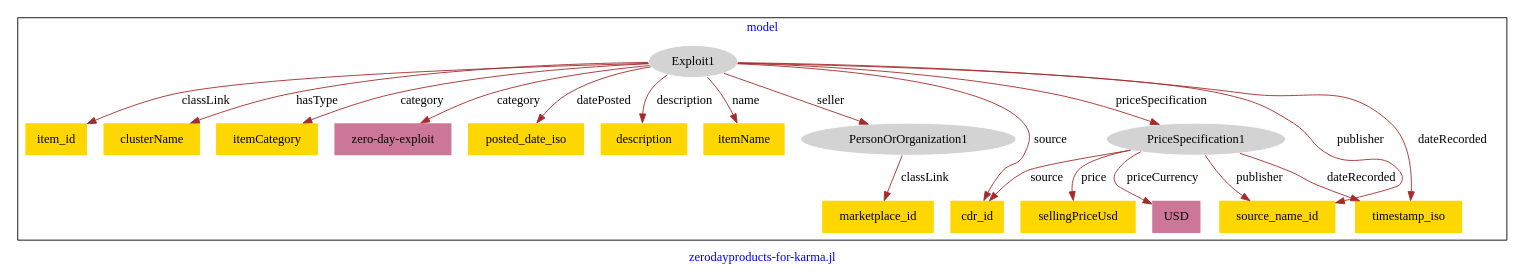
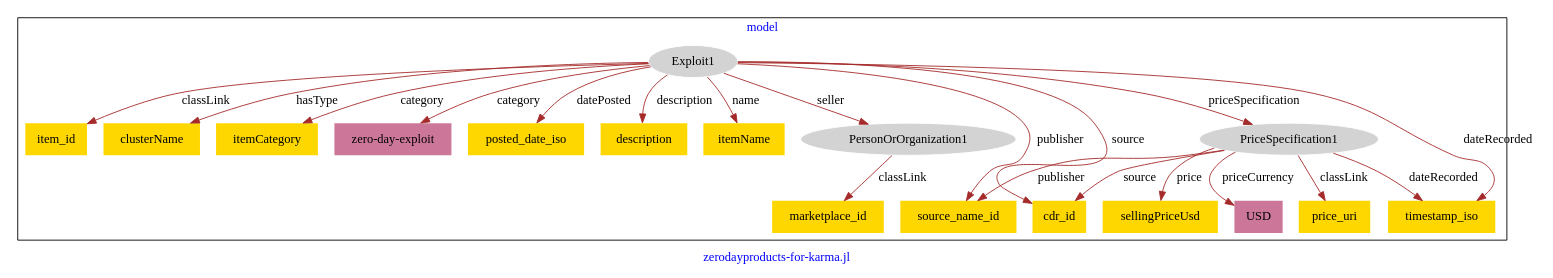
Before and after one commit to iAmeeth/effect-alignment: the diagram in models/asu-zero-day-products/zero_day_products-model.dot, drawn with Graphviz.

Commit message:
Update file zero_day_products-model.dot

```diff
--- a/models/asu-zero-day-products/zero_day_products-model.dot
+++ b/models/asu-zero-day-products/zero_day_products-model.dot
@@ -1,42 +1,44 @@
 digraph n0 {
 fontcolor="blue"
 remincross="true"
 label="zerodayproducts-for-karma.jl"
 subgraph cluster {
 label="model"
 n2[style="filled",color="white",fillcolor="lightgray",label="Exploit1"];
 n3[shape="plaintext",style="filled",fillcolor="gold",label="item_id"];
 n4[shape="plaintext",style="filled",fillcolor="gold",label="clusterName"];
 n5[shape="plaintext",style="filled",fillcolor="gold",label="itemCategory"];
 n6[shape="plaintext",style="filled",fillcolor="#CC7799",label="zero-day-exploit"];
 n7[shape="plaintext",style="filled",fillcolor="gold",label="posted_date_iso"];
 n8[shape="plaintext",style="filled",fillcolor="gold",label="description"];
 n9[shape="plaintext",style="filled",fillcolor="gold",label="itemName"];
-n10[shape="plaintext",style="filled",fillcolor="gold",label="cdr_id"];
+n10[shape="plaintext",style="filled",fillcolor="gold",label="source_name_id"];
 n11[style="filled",color="white",fillcolor="lightgray",label="PersonOrOrganization1"];
 n12[shape="plaintext",style="filled",fillcolor="gold",label="marketplace_id"];
 n13[style="filled",color="white",fillcolor="lightgray",label="PriceSpecification1"];
-n14[shape="plaintext",style="filled",fillcolor="gold",label="timestamp_iso"];
-n15[shape="plaintext",style="filled",fillcolor="gold",label="sellingPriceUsd"];
-n16[shape="plaintext",style="filled",fillcolor="#CC7799",label="USD"];
-n17[shape="plaintext",style="filled",fillcolor="gold",label="source_name_id"];
+n14[shape="plaintext",style="filled",fillcolor="gold",label="price_uri"];
+n15[shape="plaintext",style="filled",fillcolor="gold",label="timestamp_iso"];
+n16[shape="plaintext",style="filled",fillcolor="gold",label="sellingPriceUsd"];
+n17[shape="plaintext",style="filled",fillcolor="#CC7799",label="USD"];
+n18[shape="plaintext",style="filled",fillcolor="gold",label="cdr_id"];
 }
 n2 -> n3[color="brown",fontcolor="black",label="classLink"]
 n2 -> n4[color="brown",fontcolor="black",label="hasType"]
 n2 -> n5[color="brown",fontcolor="black",label="category"]
 n2 -> n6[color="brown",fontcolor="black",label="category"]
 n2 -> n7[color="brown",fontcolor="black",label="datePosted"]
 n2 -> n8[color="brown",fontcolor="black",label="description"]
 n2 -> n9[color="brown",fontcolor="black",label="name"]
-n2 -> n10[color="brown",fontcolor="black",label="source"]
+n2 -> n10[color="brown",fontcolor="black",label="publisher"]
 n11 -> n12[color="brown",fontcolor="black",label="classLink"]
-n13 -> n14[color="brown",fontcolor="black",label="dateRecorded"]
-n13 -> n15[color="brown",fontcolor="black",label="price"]
-n13 -> n16[color="brown",fontcolor="black",label="priceCurrency"]
-n13 -> n17[color="brown",fontcolor="black",label="publisher"]
-n13 -> n10[color="brown",fontcolor="black",label="source"]
+n13 -> n14[color="brown",fontcolor="black",label="classLink"]
+n13 -> n15[color="brown",fontcolor="black",label="dateRecorded"]
+n13 -> n16[color="brown",fontcolor="black",label="price"]
+n13 -> n17[color="brown",fontcolor="black",label="priceCurrency"]
+n13 -> n10[color="brown",fontcolor="black",label="publisher"]
+n13 -> n18[color="brown",fontcolor="black",label="source"]
 n2 -> n11[color="brown",fontcolor="black",label="seller"]
-n2 -> n14[color="brown",fontcolor="black",label="dateRecorded"]
+n2 -> n18[color="brown",fontcolor="black",label="source"]
+n2 -> n15[color="brown",fontcolor="black",label="dateRecorded"]
 n2 -> n13[color="brown",fontcolor="black",label="priceSpecification"]
-n2 -> n17[color="brown",fontcolor="black",label="publisher"]
 }
```
